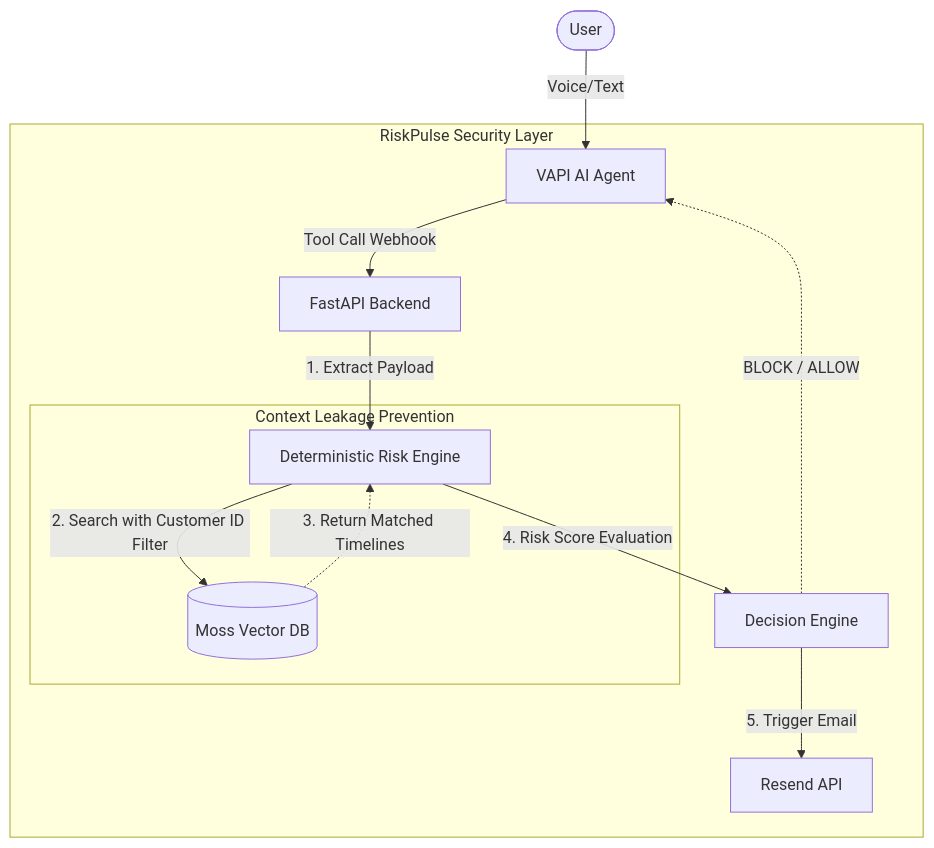
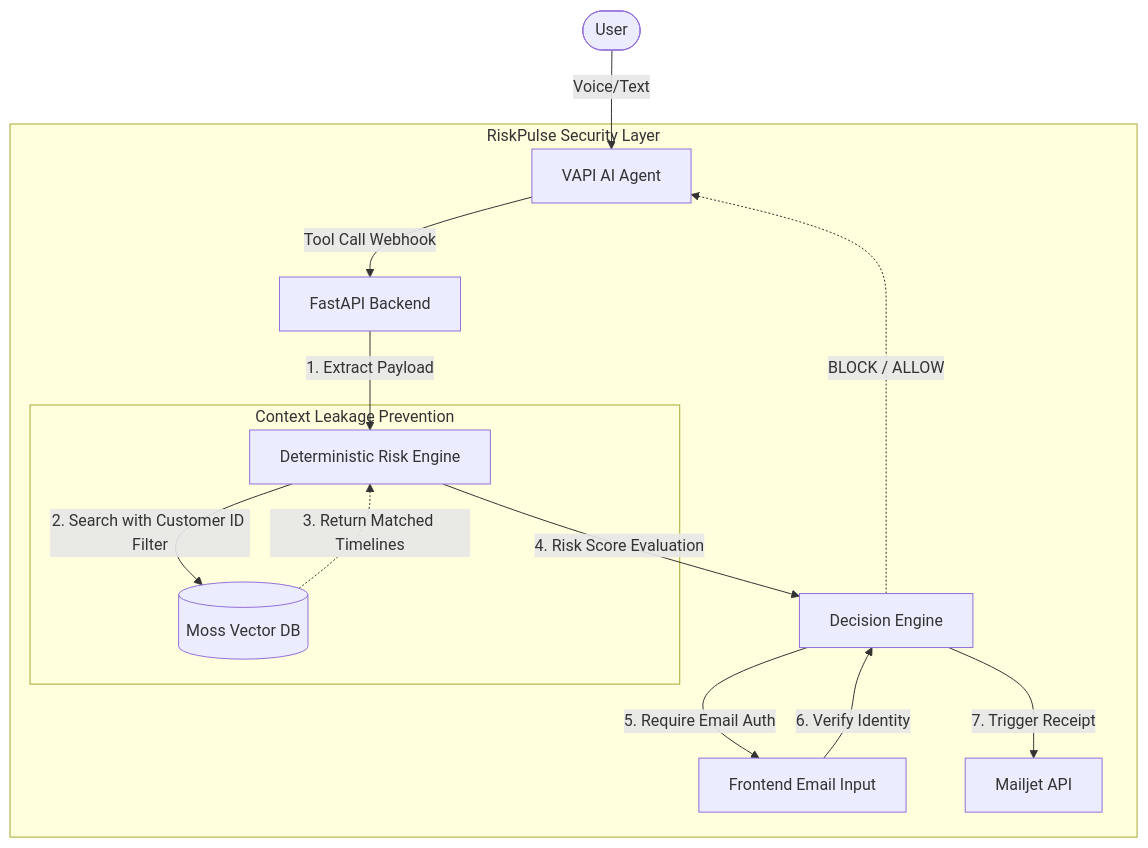
The fourth of 4 diagrams in README.md (shantanushinde99/Risk-Pulse-), drawn with Mermaid before and after one commit. The commit also changed other lines of this file, not shown here.

Commit message:
docs: update architecture and setup for email verification flow

````diff
--- a/README.md
+++ b/README.md
@@ -134,19 +143,21 @@
 ```mermaid
 graph TD
     User([User]) -->|Voice/Text| VAPI[VAPI AI Agent]
 
     subgraph RiskPulse Security Layer
         VAPI -->|Tool Call Webhook| FastAPI[FastAPI Backend]
         FastAPI -->|1. Extract Payload| RiskEngine[Deterministic Risk Engine]
 
         subgraph Context Leakage Prevention
             RiskEngine -->|2. Search with Customer ID Filter| Moss[(Moss Vector DB)]
         end
 
         Moss -.->|3. Return Matched Timelines| RiskEngine
         RiskEngine -->|4. Risk Score Evaluation| Decision[Decision Engine]
-        Decision -->|5. Trigger Email| Resend[Resend API]
+        Decision -->|5. Require Email Auth| UIAuth[Frontend Email Input]
+        UIAuth -->|6. Verify Identity| Decision
+        Decision -->|7. Trigger Receipt| Mailjet[Mailjet API]
     end
 
     Decision -.->|BLOCK / ALLOW| VAPI
 ```
````
